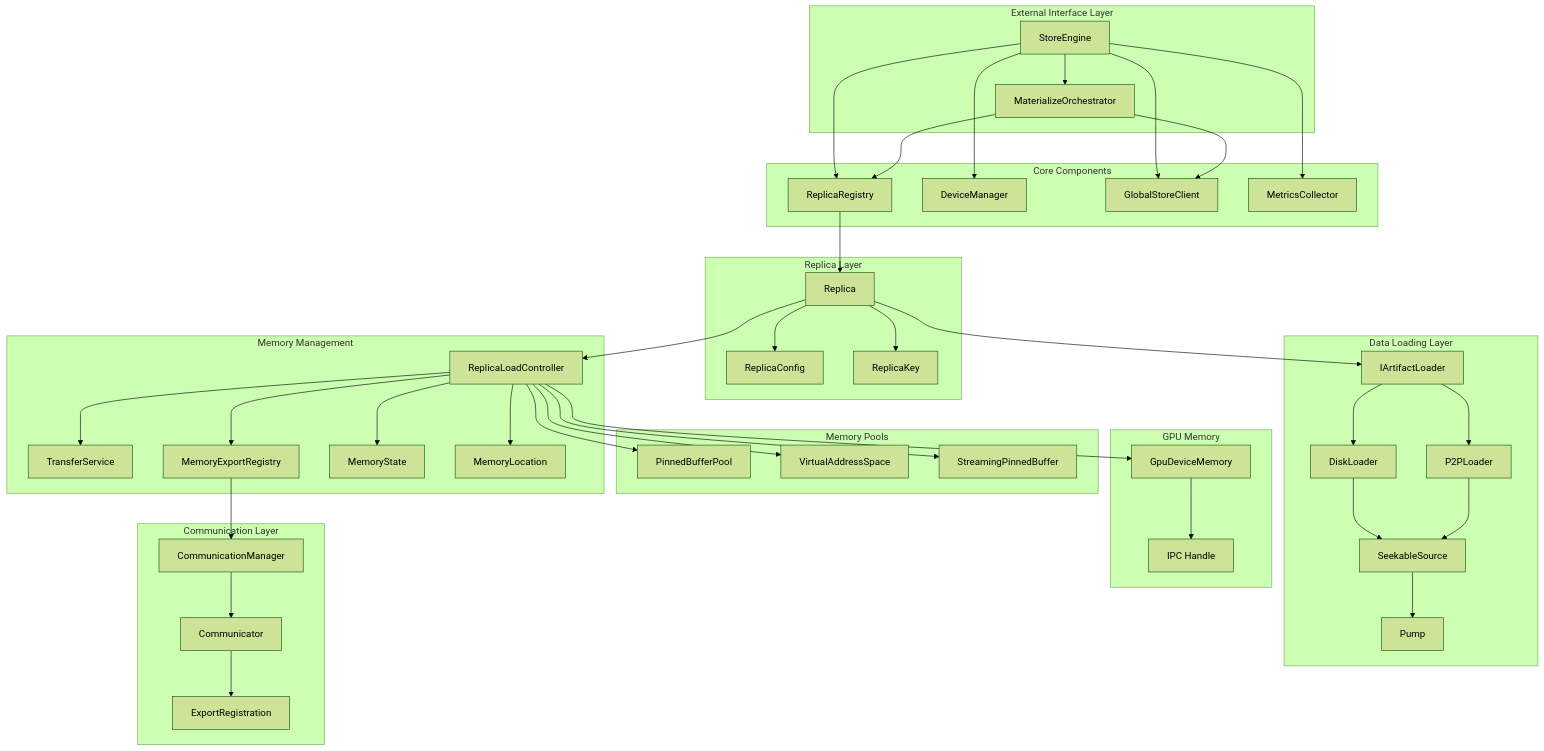
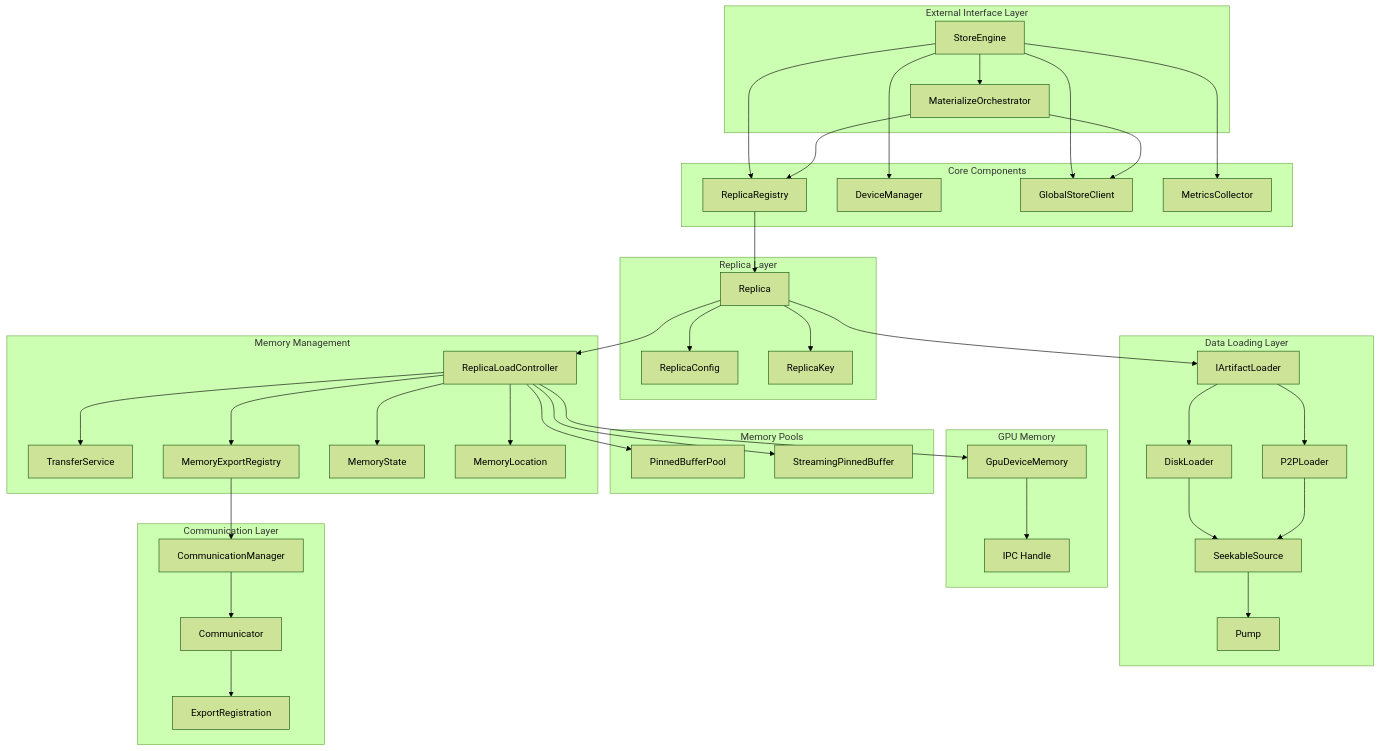
The first of 13 diagrams in core/store/docs/architecture.md (tensorcast-ai/tensorcast), drawn with Mermaid (forest theme) before and after one commit. The commit also changed other lines of this file and 52 other files, not shown here.

Commit message:
refactor(store): remove VirtualAddressSpace dependency and transition to UnifiedMemoryAuthority for memory management

```diff
--- a/core/store/docs/architecture.md
+++ b/core/store/docs/architecture.md
@@ -53,7 +53,6 @@
 
     subgraph "Memory Pools"
         PMP[PinnedBufferPool]
-        VS[VirtualAddressSpace]
         SPB[StreamingPinnedBuffer]
     end
 
@@ -87,7 +86,6 @@
     MM --> MS
     MM --> ML
     MM --> PMP
-    MM --> VS
     MM --> SPB
     MM --> CM
 
```
